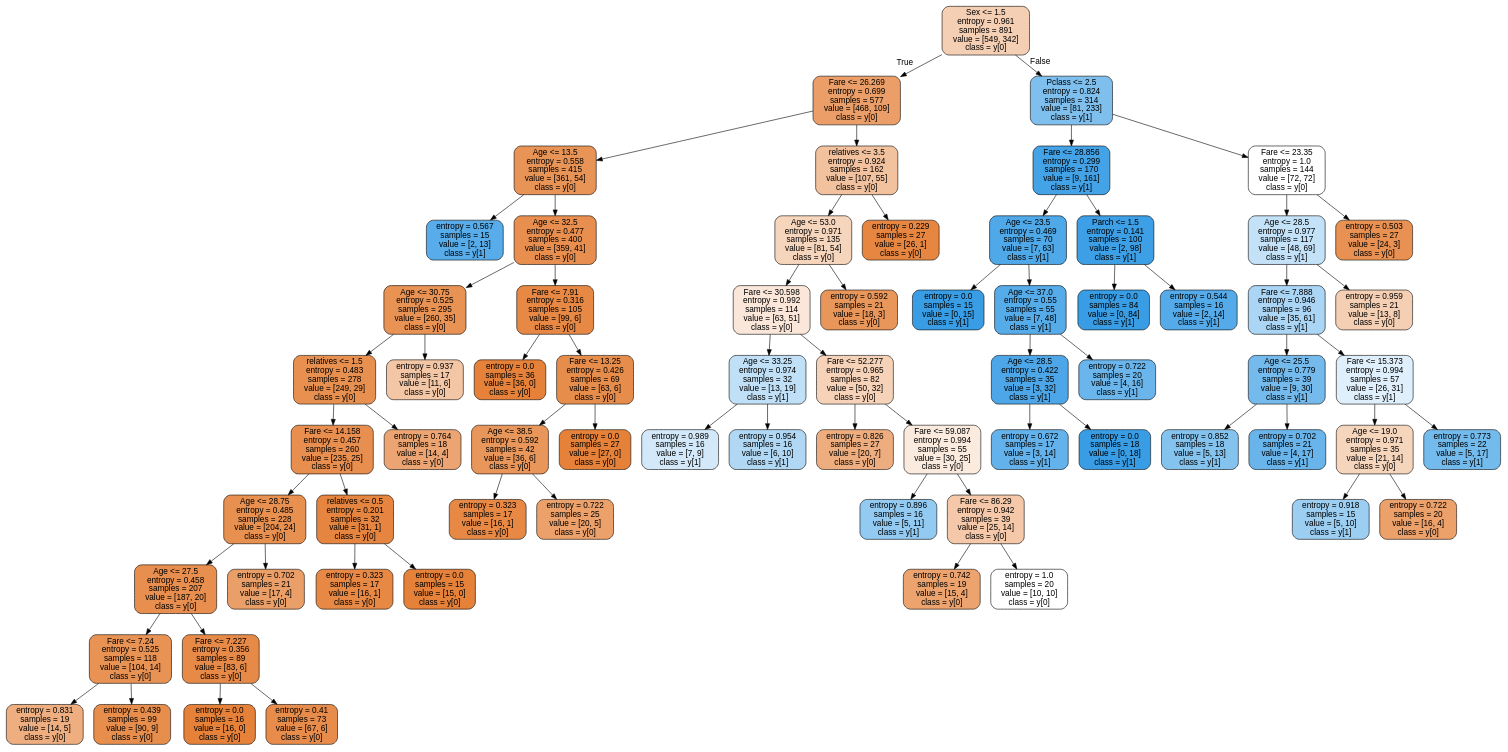
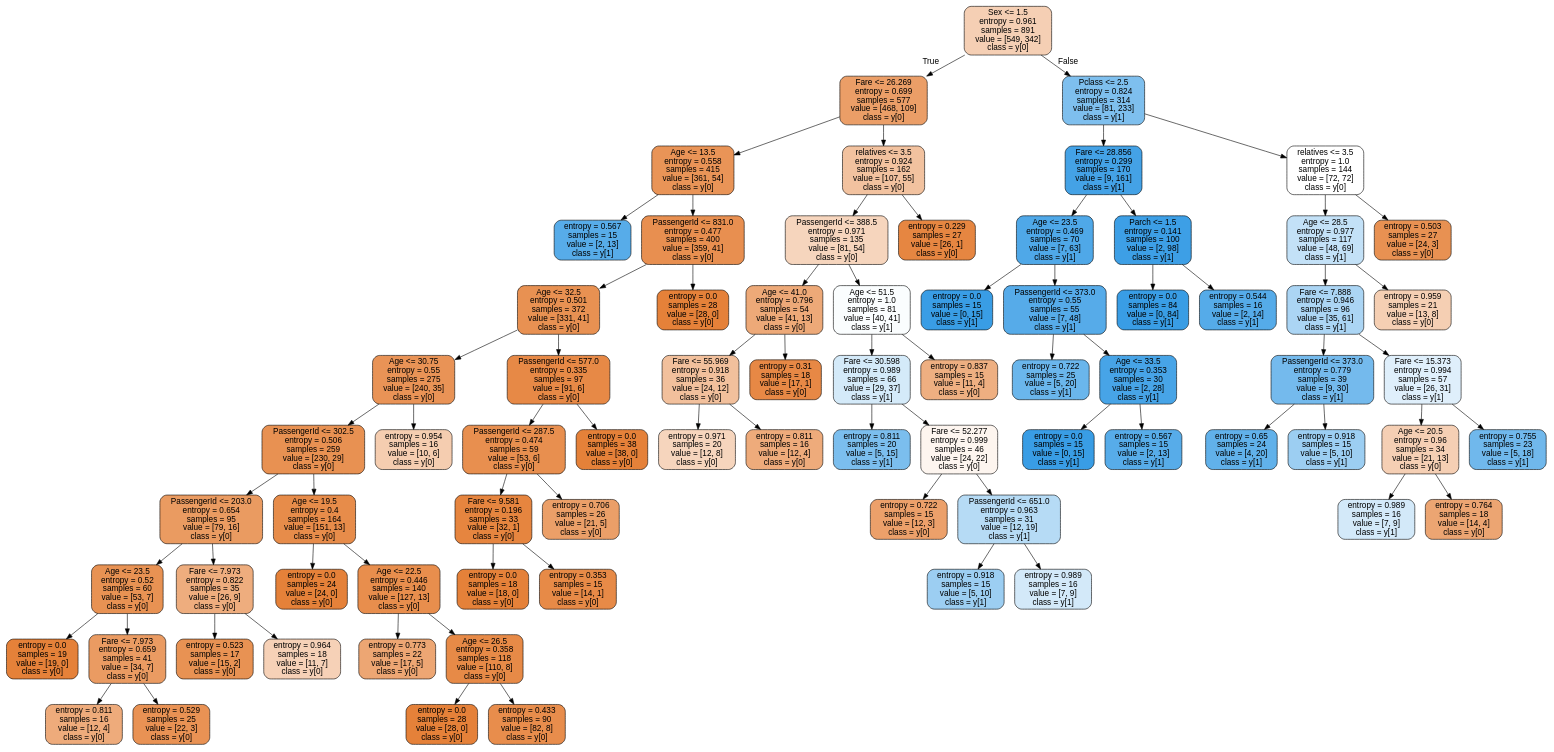
Before and after one commit to Krediann/DAKO_ryhma3: the diagram in images/titanic_tree.dot, drawn with Graphviz. The commit also changed 6 other files, not shown here.

```diff
--- a/images/titanic_tree.dot
+++ b/images/titanic_tree.dot
@@ -8,134 +8,146 @@
 1 -> 2 ;
 3 [label="entropy = 0.567\nsamples = 15\nvalue = [2, 13]\nclass = y[1]", fillcolor="#57ace9"] ;
 2 -> 3 ;
-4 [label="Age <= 32.5\nentropy = 0.477\nsamples = 400\nvalue = [359, 41]\nclass = y[0]", fillcolor="#e88f50"] ;
+4 [label="PassengerId <= 831.0\nentropy = 0.477\nsamples = 400\nvalue = [359, 41]\nclass = y[0]", fillcolor="#e88f50"] ;
 2 -> 4 ;
-5 [label="Age <= 30.75\nentropy = 0.525\nsamples = 295\nvalue = [260, 35]\nclass = y[0]", fillcolor="#e89254"] ;
+5 [label="Age <= 32.5\nentropy = 0.501\nsamples = 372\nvalue = [331, 41]\nclass = y[0]", fillcolor="#e89152"] ;
 4 -> 5 ;
-6 [label="relatives <= 1.5\nentropy = 0.483\nsamples = 278\nvalue = [249, 29]\nclass = y[0]", fillcolor="#e89050"] ;
+6 [label="Age <= 30.75\nentropy = 0.55\nsamples = 275\nvalue = [240, 35]\nclass = y[0]", fillcolor="#e99356"] ;
 5 -> 6 ;
-7 [label="Fare <= 14.158\nentropy = 0.457\nsamples = 260\nvalue = [235, 25]\nclass = y[0]", fillcolor="#e88e4e"] ;
+7 [label="PassengerId <= 302.5\nentropy = 0.506\nsamples = 259\nvalue = [230, 29]\nclass = y[0]", fillcolor="#e89152"] ;
 6 -> 7 ;
-8 [label="Age <= 28.75\nentropy = 0.485\nsamples = 228\nvalue = [204, 24]\nclass = y[0]", fillcolor="#e89050"] ;
+8 [label="PassengerId <= 203.0\nentropy = 0.654\nsamples = 95\nvalue = [79, 16]\nclass = y[0]", fillcolor="#ea9b61"] ;
 7 -> 8 ;
-9 [label="Age <= 27.5\nentropy = 0.458\nsamples = 207\nvalue = [187, 20]\nclass = y[0]", fillcolor="#e88e4e"] ;
+9 [label="Age <= 23.5\nentropy = 0.52\nsamples = 60\nvalue = [53, 7]\nclass = y[0]", fillcolor="#e89253"] ;
 8 -> 9 ;
-10 [label="Fare <= 7.24\nentropy = 0.525\nsamples = 118\nvalue = [104, 14]\nclass = y[0]", fillcolor="#e89254"] ;
+10 [label="entropy = 0.0\nsamples = 19\nvalue = [19, 0]\nclass = y[0]", fillcolor="#e58139"] ;
 9 -> 10 ;
-11 [label="entropy = 0.831\nsamples = 19\nvalue = [14, 5]\nclass = y[0]", fillcolor="#eeae80"] ;
-10 -> 11 ;
-12 [label="entropy = 0.439\nsamples = 99\nvalue = [90, 9]\nclass = y[0]", fillcolor="#e88e4d"] ;
-10 -> 12 ;
-13 [label="Fare <= 7.227\nentropy = 0.356\nsamples = 89\nvalue = [83, 6]\nclass = y[0]", fillcolor="#e78a47"] ;
-9 -> 13 ;
-14 [label="entropy = 0.0\nsamples = 16\nvalue = [16, 0]\nclass = y[0]", fillcolor="#e58139"] ;
-13 -> 14 ;
-15 [label="entropy = 0.41\nsamples = 73\nvalue = [67, 6]\nclass = y[0]", fillcolor="#e78c4b"] ;
-13 -> 15 ;
-16 [label="entropy = 0.702\nsamples = 21\nvalue = [17, 4]\nclass = y[0]", fillcolor="#eb9f68"] ;
-8 -> 16 ;
-17 [label="relatives <= 0.5\nentropy = 0.201\nsamples = 32\nvalue = [31, 1]\nclass = y[0]", fillcolor="#e6853f"] ;
+11 [label="Fare <= 7.973\nentropy = 0.659\nsamples = 41\nvalue = [34, 7]\nclass = y[0]", fillcolor="#ea9b62"] ;
+9 -> 11 ;
+12 [label="entropy = 0.811\nsamples = 16\nvalue = [12, 4]\nclass = y[0]", fillcolor="#eeab7b"] ;
+11 -> 12 ;
+13 [label="entropy = 0.529\nsamples = 25\nvalue = [22, 3]\nclass = y[0]", fillcolor="#e99254"] ;
+11 -> 13 ;
+14 [label="Fare <= 7.973\nentropy = 0.822\nsamples = 35\nvalue = [26, 9]\nclass = y[0]", fillcolor="#eead7e"] ;
+8 -> 14 ;
+15 [label="entropy = 0.523\nsamples = 17\nvalue = [15, 2]\nclass = y[0]", fillcolor="#e89253"] ;
+14 -> 15 ;
+16 [label="entropy = 0.964\nsamples = 18\nvalue = [11, 7]\nclass = y[0]", fillcolor="#f6d1b7"] ;
+14 -> 16 ;
+17 [label="Age <= 19.5\nentropy = 0.4\nsamples = 164\nvalue = [151, 13]\nclass = y[0]", fillcolor="#e78c4a"] ;
 7 -> 17 ;
-18 [label="entropy = 0.323\nsamples = 17\nvalue = [16, 1]\nclass = y[0]", fillcolor="#e78945"] ;
+18 [label="entropy = 0.0\nsamples = 24\nvalue = [24, 0]\nclass = y[0]", fillcolor="#e58139"] ;
 17 -> 18 ;
-19 [label="entropy = 0.0\nsamples = 15\nvalue = [15, 0]\nclass = y[0]", fillcolor="#e58139"] ;
+19 [label="Age <= 22.5\nentropy = 0.446\nsamples = 140\nvalue = [127, 13]\nclass = y[0]", fillcolor="#e88e4d"] ;
 17 -> 19 ;
-20 [label="entropy = 0.764\nsamples = 18\nvalue = [14, 4]\nclass = y[0]", fillcolor="#eca572"] ;
-6 -> 20 ;
-21 [label="entropy = 0.937\nsamples = 17\nvalue = [11, 6]\nclass = y[0]", fillcolor="#f3c6a5"] ;
-5 -> 21 ;
-22 [label="Fare <= 7.91\nentropy = 0.316\nsamples = 105\nvalue = [99, 6]\nclass = y[0]", fillcolor="#e78945"] ;
-4 -> 22 ;
-23 [label="entropy = 0.0\nsamples = 36\nvalue = [36, 0]\nclass = y[0]", fillcolor="#e58139"] ;
-22 -> 23 ;
-24 [label="Fare <= 13.25\nentropy = 0.426\nsamples = 69\nvalue = [63, 6]\nclass = y[0]", fillcolor="#e78d4c"] ;
-22 -> 24 ;
-25 [label="Age <= 38.5\nentropy = 0.592\nsamples = 42\nvalue = [36, 6]\nclass = y[0]", fillcolor="#e9965a"] ;
-24 -> 25 ;
-26 [label="entropy = 0.323\nsamples = 17\nvalue = [16, 1]\nclass = y[0]", fillcolor="#e78945"] ;
+20 [label="entropy = 0.773\nsamples = 22\nvalue = [17, 5]\nclass = y[0]", fillcolor="#eda673"] ;
+19 -> 20 ;
+21 [label="Age <= 26.5\nentropy = 0.358\nsamples = 118\nvalue = [110, 8]\nclass = y[0]", fillcolor="#e78a47"] ;
+19 -> 21 ;
+22 [label="entropy = 0.0\nsamples = 28\nvalue = [28, 0]\nclass = y[0]", fillcolor="#e58139"] ;
+21 -> 22 ;
+23 [label="entropy = 0.433\nsamples = 90\nvalue = [82, 8]\nclass = y[0]", fillcolor="#e88d4c"] ;
+21 -> 23 ;
+24 [label="entropy = 0.954\nsamples = 16\nvalue = [10, 6]\nclass = y[0]", fillcolor="#f5cdb0"] ;
+6 -> 24 ;
+25 [label="PassengerId <= 577.0\nentropy = 0.335\nsamples = 97\nvalue = [91, 6]\nclass = y[0]", fillcolor="#e78946"] ;
+5 -> 25 ;
+26 [label="PassengerId <= 287.5\nentropy = 0.474\nsamples = 59\nvalue = [53, 6]\nclass = y[0]", fillcolor="#e88f4f"] ;
 25 -> 26 ;
-27 [label="entropy = 0.722\nsamples = 25\nvalue = [20, 5]\nclass = y[0]", fillcolor="#eca06a"] ;
-25 -> 27 ;
-28 [label="entropy = 0.0\nsamples = 27\nvalue = [27, 0]\nclass = y[0]", fillcolor="#e58139"] ;
-24 -> 28 ;
-29 [label="relatives <= 3.5\nentropy = 0.924\nsamples = 162\nvalue = [107, 55]\nclass = y[0]", fillcolor="#f2c29f"] ;
-1 -> 29 ;
-30 [label="Age <= 53.0\nentropy = 0.971\nsamples = 135\nvalue = [81, 54]\nclass = y[0]", fillcolor="#f6d5bd"] ;
-29 -> 30 ;
-31 [label="Fare <= 30.598\nentropy = 0.992\nsamples = 114\nvalue = [63, 51]\nclass = y[0]", fillcolor="#fae7d9"] ;
-30 -> 31 ;
-32 [label="Age <= 33.25\nentropy = 0.974\nsamples = 32\nvalue = [13, 19]\nclass = y[1]", fillcolor="#c0e0f7"] ;
-31 -> 32 ;
-33 [label="entropy = 0.989\nsamples = 16\nvalue = [7, 9]\nclass = y[1]", fillcolor="#d3e9f9"] ;
-32 -> 33 ;
-34 [label="entropy = 0.954\nsamples = 16\nvalue = [6, 10]\nclass = y[1]", fillcolor="#b0d8f5"] ;
-32 -> 34 ;
-35 [label="Fare <= 52.277\nentropy = 0.965\nsamples = 82\nvalue = [50, 32]\nclass = y[0]", fillcolor="#f6d2b8"] ;
-31 -> 35 ;
-36 [label="entropy = 0.826\nsamples = 27\nvalue = [20, 7]\nclass = y[0]", fillcolor="#eead7e"] ;
+27 [label="Fare <= 9.581\nentropy = 0.196\nsamples = 33\nvalue = [32, 1]\nclass = y[0]", fillcolor="#e6853f"] ;
+26 -> 27 ;
+28 [label="entropy = 0.0\nsamples = 18\nvalue = [18, 0]\nclass = y[0]", fillcolor="#e58139"] ;
+27 -> 28 ;
+29 [label="entropy = 0.353\nsamples = 15\nvalue = [14, 1]\nclass = y[0]", fillcolor="#e78a47"] ;
+27 -> 29 ;
+30 [label="entropy = 0.706\nsamples = 26\nvalue = [21, 5]\nclass = y[0]", fillcolor="#eb9f68"] ;
+26 -> 30 ;
+31 [label="entropy = 0.0\nsamples = 38\nvalue = [38, 0]\nclass = y[0]", fillcolor="#e58139"] ;
+25 -> 31 ;
+32 [label="entropy = 0.0\nsamples = 28\nvalue = [28, 0]\nclass = y[0]", fillcolor="#e58139"] ;
+4 -> 32 ;
+33 [label="relatives <= 3.5\nentropy = 0.924\nsamples = 162\nvalue = [107, 55]\nclass = y[0]", fillcolor="#f2c29f"] ;
+1 -> 33 ;
+34 [label="PassengerId <= 388.5\nentropy = 0.971\nsamples = 135\nvalue = [81, 54]\nclass = y[0]", fillcolor="#f6d5bd"] ;
+33 -> 34 ;
+35 [label="Age <= 41.0\nentropy = 0.796\nsamples = 54\nvalue = [41, 13]\nclass = y[0]", fillcolor="#eda978"] ;
+34 -> 35 ;
+36 [label="Fare <= 55.969\nentropy = 0.918\nsamples = 36\nvalue = [24, 12]\nclass = y[0]", fillcolor="#f2c09c"] ;
 35 -> 36 ;
-37 [label="Fare <= 59.087\nentropy = 0.994\nsamples = 55\nvalue = [30, 25]\nclass = y[0]", fillcolor="#fbeade"] ;
-35 -> 37 ;
-38 [label="entropy = 0.896\nsamples = 16\nvalue = [5, 11]\nclass = y[1]", fillcolor="#93caf1"] ;
-37 -> 38 ;
-39 [label="Fare <= 86.29\nentropy = 0.942\nsamples = 39\nvalue = [25, 14]\nclass = y[0]", fillcolor="#f4c8a8"] ;
-37 -> 39 ;
-40 [label="entropy = 0.742\nsamples = 19\nvalue = [15, 4]\nclass = y[0]", fillcolor="#eca36e"] ;
-39 -> 40 ;
-41 [label="entropy = 1.0\nsamples = 20\nvalue = [10, 10]\nclass = y[0]", fillcolor="#ffffff"] ;
-39 -> 41 ;
-42 [label="entropy = 0.592\nsamples = 21\nvalue = [18, 3]\nclass = y[0]", fillcolor="#e9965a"] ;
-30 -> 42 ;
-43 [label="entropy = 0.229\nsamples = 27\nvalue = [26, 1]\nclass = y[0]", fillcolor="#e68641"] ;
-29 -> 43 ;
-44 [label="Pclass <= 2.5\nentropy = 0.824\nsamples = 314\nvalue = [81, 233]\nclass = y[1]", fillcolor="#7ebfee"] ;
-0 -> 44 [labeldistance=2.5, labelangle=-45, headlabel="False"] ;
-45 [label="Fare <= 28.856\nentropy = 0.299\nsamples = 170\nvalue = [9, 161]\nclass = y[1]", fillcolor="#44a2e6"] ;
-44 -> 45 ;
-46 [label="Age <= 23.5\nentropy = 0.469\nsamples = 70\nvalue = [7, 63]\nclass = y[1]", fillcolor="#4fa8e8"] ;
+37 [label="entropy = 0.971\nsamples = 20\nvalue = [12, 8]\nclass = y[0]", fillcolor="#f6d5bd"] ;
+36 -> 37 ;
+38 [label="entropy = 0.811\nsamples = 16\nvalue = [12, 4]\nclass = y[0]", fillcolor="#eeab7b"] ;
+36 -> 38 ;
+39 [label="entropy = 0.31\nsamples = 18\nvalue = [17, 1]\nclass = y[0]", fillcolor="#e78845"] ;
+35 -> 39 ;
+40 [label="Age <= 51.5\nentropy = 1.0\nsamples = 81\nvalue = [40, 41]\nclass = y[1]", fillcolor="#fafdfe"] ;
+34 -> 40 ;
+41 [label="Fare <= 30.598\nentropy = 0.989\nsamples = 66\nvalue = [29, 37]\nclass = y[1]", fillcolor="#d4eaf9"] ;
+40 -> 41 ;
+42 [label="entropy = 0.811\nsamples = 20\nvalue = [5, 15]\nclass = y[1]", fillcolor="#7bbeee"] ;
+41 -> 42 ;
+43 [label="Fare <= 52.277\nentropy = 0.999\nsamples = 46\nvalue = [24, 22]\nclass = y[0]", fillcolor="#fdf5ef"] ;
+41 -> 43 ;
+44 [label="entropy = 0.722\nsamples = 15\nvalue = [12, 3]\nclass = y[0]", fillcolor="#eca06a"] ;
+43 -> 44 ;
+45 [label="PassengerId <= 651.0\nentropy = 0.963\nsamples = 31\nvalue = [12, 19]\nclass = y[1]", fillcolor="#b6dbf5"] ;
+43 -> 45 ;
+46 [label="entropy = 0.918\nsamples = 15\nvalue = [5, 10]\nclass = y[1]", fillcolor="#9ccef2"] ;
 45 -> 46 ;
-47 [label="entropy = 0.0\nsamples = 15\nvalue = [0, 15]\nclass = y[1]", fillcolor="#399de5"] ;
-46 -> 47 ;
-48 [label="Age <= 37.0\nentropy = 0.55\nsamples = 55\nvalue = [7, 48]\nclass = y[1]", fillcolor="#56abe9"] ;
-46 -> 48 ;
-49 [label="Age <= 28.5\nentropy = 0.422\nsamples = 35\nvalue = [3, 32]\nclass = y[1]", fillcolor="#4ca6e7"] ;
-48 -> 49 ;
-50 [label="entropy = 0.672\nsamples = 17\nvalue = [3, 14]\nclass = y[1]", fillcolor="#63b2eb"] ;
-49 -> 50 ;
-51 [label="entropy = 0.0\nsamples = 18\nvalue = [0, 18]\nclass = y[1]", fillcolor="#399de5"] ;
-49 -> 51 ;
-52 [label="entropy = 0.722\nsamples = 20\nvalue = [4, 16]\nclass = y[1]", fillcolor="#6ab6ec"] ;
-48 -> 52 ;
-53 [label="Parch <= 1.5\nentropy = 0.141\nsamples = 100\nvalue = [2, 98]\nclass = y[1]", fillcolor="#3d9fe6"] ;
-45 -> 53 ;
-54 [label="entropy = 0.0\nsamples = 84\nvalue = [0, 84]\nclass = y[1]", fillcolor="#399de5"] ;
-53 -> 54 ;
-55 [label="entropy = 0.544\nsamples = 16\nvalue = [2, 14]\nclass = y[1]", fillcolor="#55abe9"] ;
-53 -> 55 ;
-56 [label="Fare <= 23.35\nentropy = 1.0\nsamples = 144\nvalue = [72, 72]\nclass = y[0]", fillcolor="#ffffff"] ;
-44 -> 56 ;
-57 [label="Age <= 28.5\nentropy = 0.977\nsamples = 117\nvalue = [48, 69]\nclass = y[1]", fillcolor="#c3e1f7"] ;
+47 [label="entropy = 0.989\nsamples = 16\nvalue = [7, 9]\nclass = y[1]", fillcolor="#d3e9f9"] ;
+45 -> 47 ;
+48 [label="entropy = 0.837\nsamples = 15\nvalue = [11, 4]\nclass = y[0]", fillcolor="#eeaf81"] ;
+40 -> 48 ;
+49 [label="entropy = 0.229\nsamples = 27\nvalue = [26, 1]\nclass = y[0]", fillcolor="#e68641"] ;
+33 -> 49 ;
+50 [label="Pclass <= 2.5\nentropy = 0.824\nsamples = 314\nvalue = [81, 233]\nclass = y[1]", fillcolor="#7ebfee"] ;
+0 -> 50 [labeldistance=2.5, labelangle=-45, headlabel="False"] ;
+51 [label="Fare <= 28.856\nentropy = 0.299\nsamples = 170\nvalue = [9, 161]\nclass = y[1]", fillcolor="#44a2e6"] ;
+50 -> 51 ;
+52 [label="Age <= 23.5\nentropy = 0.469\nsamples = 70\nvalue = [7, 63]\nclass = y[1]", fillcolor="#4fa8e8"] ;
+51 -> 52 ;
+53 [label="entropy = 0.0\nsamples = 15\nvalue = [0, 15]\nclass = y[1]", fillcolor="#399de5"] ;
+52 -> 53 ;
+54 [label="PassengerId <= 373.0\nentropy = 0.55\nsamples = 55\nvalue = [7, 48]\nclass = y[1]", fillcolor="#56abe9"] ;
+52 -> 54 ;
+55 [label="entropy = 0.722\nsamples = 25\nvalue = [5, 20]\nclass = y[1]", fillcolor="#6ab6ec"] ;
+54 -> 55 ;
+56 [label="Age <= 33.5\nentropy = 0.353\nsamples = 30\nvalue = [2, 28]\nclass = y[1]", fillcolor="#47a4e7"] ;
+54 -> 56 ;
+57 [label="entropy = 0.0\nsamples = 15\nvalue = [0, 15]\nclass = y[1]", fillcolor="#399de5"] ;
 56 -> 57 ;
-58 [label="Fare <= 7.888\nentropy = 0.946\nsamples = 96\nvalue = [35, 61]\nclass = y[1]", fillcolor="#abd5f4"] ;
-57 -> 58 ;
-59 [label="Age <= 25.5\nentropy = 0.779\nsamples = 39\nvalue = [9, 30]\nclass = y[1]", fillcolor="#74baed"] ;
-58 -> 59 ;
-60 [label="entropy = 0.852\nsamples = 18\nvalue = [5, 13]\nclass = y[1]", fillcolor="#85c3ef"] ;
+58 [label="entropy = 0.567\nsamples = 15\nvalue = [2, 13]\nclass = y[1]", fillcolor="#57ace9"] ;
+56 -> 58 ;
+59 [label="Parch <= 1.5\nentropy = 0.141\nsamples = 100\nvalue = [2, 98]\nclass = y[1]", fillcolor="#3d9fe6"] ;
+51 -> 59 ;
+60 [label="entropy = 0.0\nsamples = 84\nvalue = [0, 84]\nclass = y[1]", fillcolor="#399de5"] ;
 59 -> 60 ;
-61 [label="entropy = 0.702\nsamples = 21\nvalue = [4, 17]\nclass = y[1]", fillcolor="#68b4eb"] ;
+61 [label="entropy = 0.544\nsamples = 16\nvalue = [2, 14]\nclass = y[1]", fillcolor="#55abe9"] ;
 59 -> 61 ;
-62 [label="Fare <= 15.373\nentropy = 0.994\nsamples = 57\nvalue = [26, 31]\nclass = y[1]", fillcolor="#dfeffb"] ;
-58 -> 62 ;
-63 [label="Age <= 19.0\nentropy = 0.971\nsamples = 35\nvalue = [21, 14]\nclass = y[0]", fillcolor="#f6d5bd"] ;
+62 [label="relatives <= 3.5\nentropy = 1.0\nsamples = 144\nvalue = [72, 72]\nclass = y[0]", fillcolor="#ffffff"] ;
+50 -> 62 ;
+63 [label="Age <= 28.5\nentropy = 0.977\nsamples = 117\nvalue = [48, 69]\nclass = y[1]", fillcolor="#c3e1f7"] ;
 62 -> 63 ;
-64 [label="entropy = 0.918\nsamples = 15\nvalue = [5, 10]\nclass = y[1]", fillcolor="#9ccef2"] ;
+64 [label="Fare <= 7.888\nentropy = 0.946\nsamples = 96\nvalue = [35, 61]\nclass = y[1]", fillcolor="#abd5f4"] ;
 63 -> 64 ;
-65 [label="entropy = 0.722\nsamples = 20\nvalue = [16, 4]\nclass = y[0]", fillcolor="#eca06a"] ;
-63 -> 65 ;
-66 [label="entropy = 0.773\nsamples = 22\nvalue = [5, 17]\nclass = y[1]", fillcolor="#73baed"] ;
-62 -> 66 ;
-67 [label="entropy = 0.959\nsamples = 21\nvalue = [13, 8]\nclass = y[0]", fillcolor="#f5cfb3"] ;
-57 -> 67 ;
-68 [label="entropy = 0.503\nsamples = 27\nvalue = [24, 3]\nclass = y[0]", fillcolor="#e89152"] ;
-56 -> 68 ;
+65 [label="PassengerId <= 373.0\nentropy = 0.779\nsamples = 39\nvalue = [9, 30]\nclass = y[1]", fillcolor="#74baed"] ;
+64 -> 65 ;
+66 [label="entropy = 0.65\nsamples = 24\nvalue = [4, 20]\nclass = y[1]", fillcolor="#61b1ea"] ;
+65 -> 66 ;
+67 [label="entropy = 0.918\nsamples = 15\nvalue = [5, 10]\nclass = y[1]", fillcolor="#9ccef2"] ;
+65 -> 67 ;
+68 [label="Fare <= 15.373\nentropy = 0.994\nsamples = 57\nvalue = [26, 31]\nclass = y[1]", fillcolor="#dfeffb"] ;
+64 -> 68 ;
+69 [label="Age <= 20.5\nentropy = 0.96\nsamples = 34\nvalue = [21, 13]\nclass = y[0]", fillcolor="#f5cfb4"] ;
+68 -> 69 ;
+70 [label="entropy = 0.989\nsamples = 16\nvalue = [7, 9]\nclass = y[1]", fillcolor="#d3e9f9"] ;
+69 -> 70 ;
+71 [label="entropy = 0.764\nsamples = 18\nvalue = [14, 4]\nclass = y[0]", fillcolor="#eca572"] ;
+69 -> 71 ;
+72 [label="entropy = 0.755\nsamples = 23\nvalue = [5, 18]\nclass = y[1]", fillcolor="#70b8ec"] ;
+68 -> 72 ;
+73 [label="entropy = 0.959\nsamples = 21\nvalue = [13, 8]\nclass = y[0]", fillcolor="#f5cfb3"] ;
+63 -> 73 ;
+74 [label="entropy = 0.503\nsamples = 27\nvalue = [24, 3]\nclass = y[0]", fillcolor="#e89152"] ;
+62 -> 74 ;
 }
```
